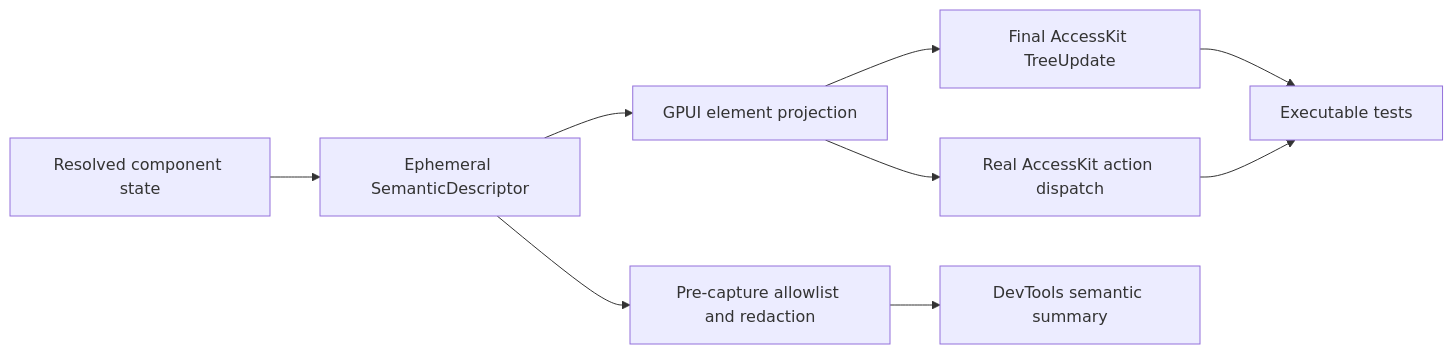
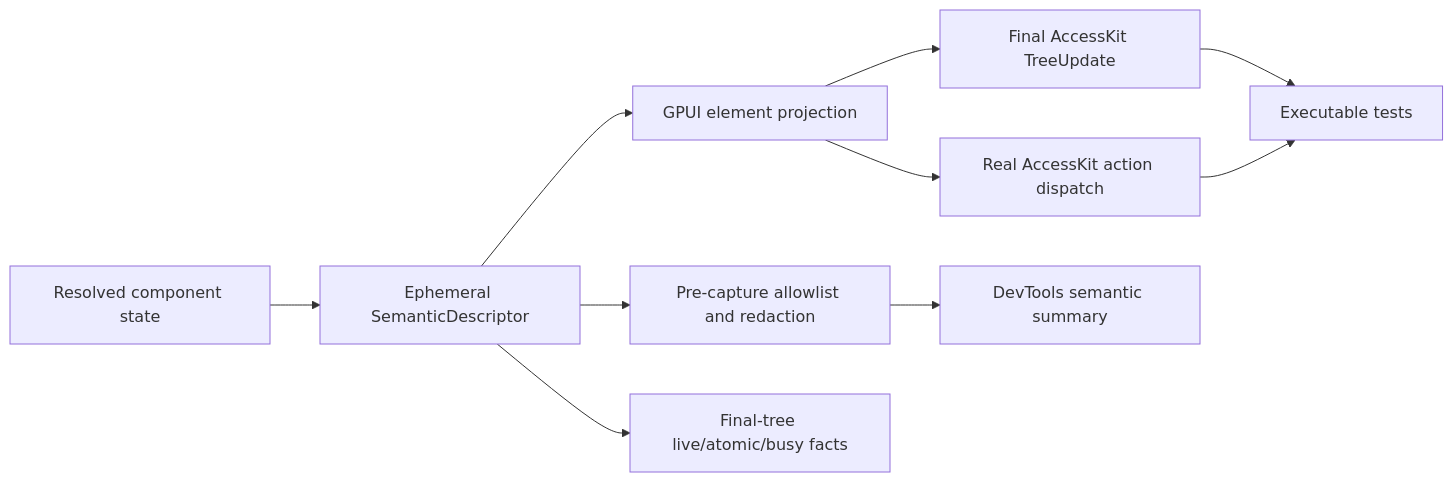
Before and after one commit to Latias94/open-gpui: the diagram in docs/knowledge/engineering/decisions/semantic-accessibility-final-tree-authority.md, drawn with Mermaid. The commit also changed other lines of this file and 62 other files, not shown here.

````diff
--- a/docs/knowledge/engineering/decisions/semantic-accessibility-final-tree-authority.md
+++ b/docs/knowledge/engineering/decisions/semantic-accessibility-final-tree-authority.md
@@ -39,11 +39,12 @@
 ```mermaid
 flowchart LR
     State[Resolved component state] --> Descriptor[Ephemeral SemanticDescriptor]
     Descriptor --> Element[GPUI element projection]
     Element --> Tree[Final AccessKit TreeUpdate]
     Element --> Action[Real AccessKit action dispatch]
     Descriptor --> Redaction[Pre-capture allowlist and redaction]
     Redaction --> DevTools[DevTools semantic summary]
+    Descriptor --> Live[Final-tree live/atomic/busy facts]
     Tree --> Evidence[Executable tests]
     Action --> Evidence
 ```
````
